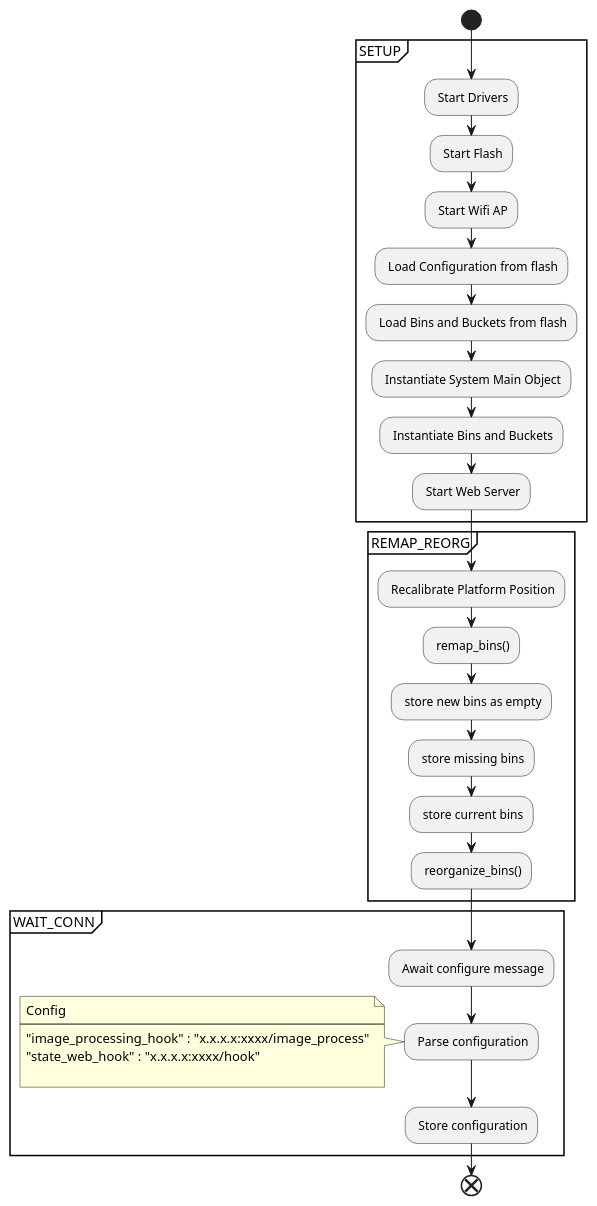
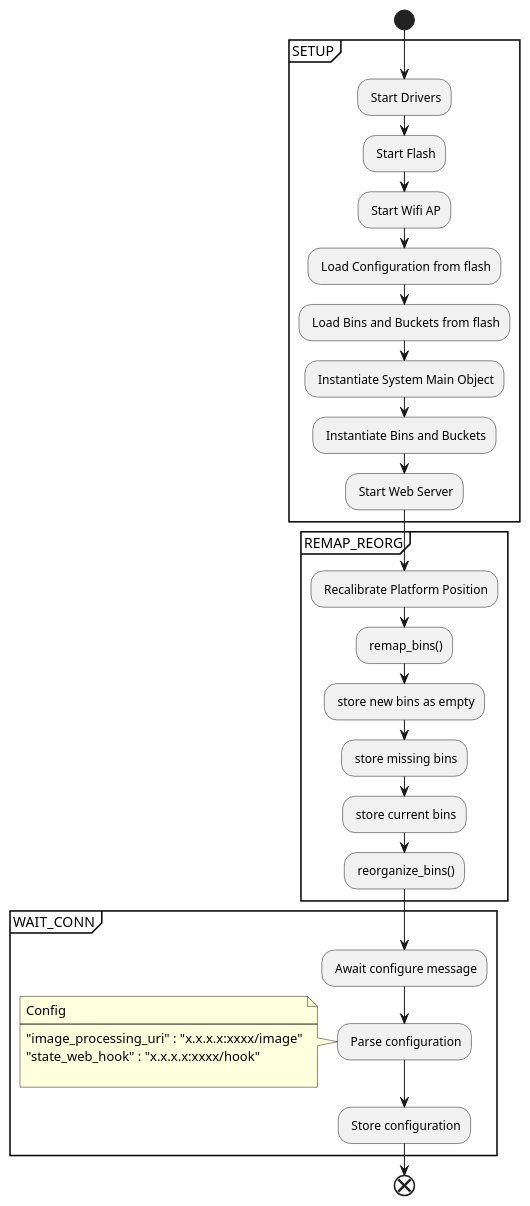
One commit to walger-lucas/SPARtS changed the diagram in docs/Design/EmbeddedSoftware/setup_state.plantuml. Above: the diagram before and after it, drawn with PlantUML. The commit also changed 16 other files, not shown here.

Commit message:
class diagrams and hardware diagrams

```diff
--- a/docs/Design/EmbeddedSoftware/setup_state.plantuml
+++ b/docs/Design/EmbeddedSoftware/setup_state.plantuml
@@ -1,36 +1,36 @@
 @startuml SETUP
 start
 group SETUP {
 : Start Drivers;
 : Start Flash; 
 : Start Wifi AP;
 : Load Configuration from flash;
 : Load Bins and Buckets from flash;
 : Instantiate System Main Object;
 : Instantiate Bins and Buckets;
 : Start Web Server;
 }
 group REMAP_REORG {
 : Recalibrate Platform Position;
 : remap_bins();
 : store new bins as empty;
 : store missing bins;
 : store current bins;
 : reorganize_bins();
 }
 group WAIT_CONN {
 : Await configure message;
 : Parse configuration;
 
 note
         Config
         ----
-        "image_processing_hook" : "x.x.x.x:xxxx/image_process"
+        "image_processing_uri" : "x.x.x.x:xxxx/image"
         "state_web_hook" : "x.x.x.x:xxxx/hook"
         
 end note
 
 : Store configuration;
 }
 end
 @enduml
```
